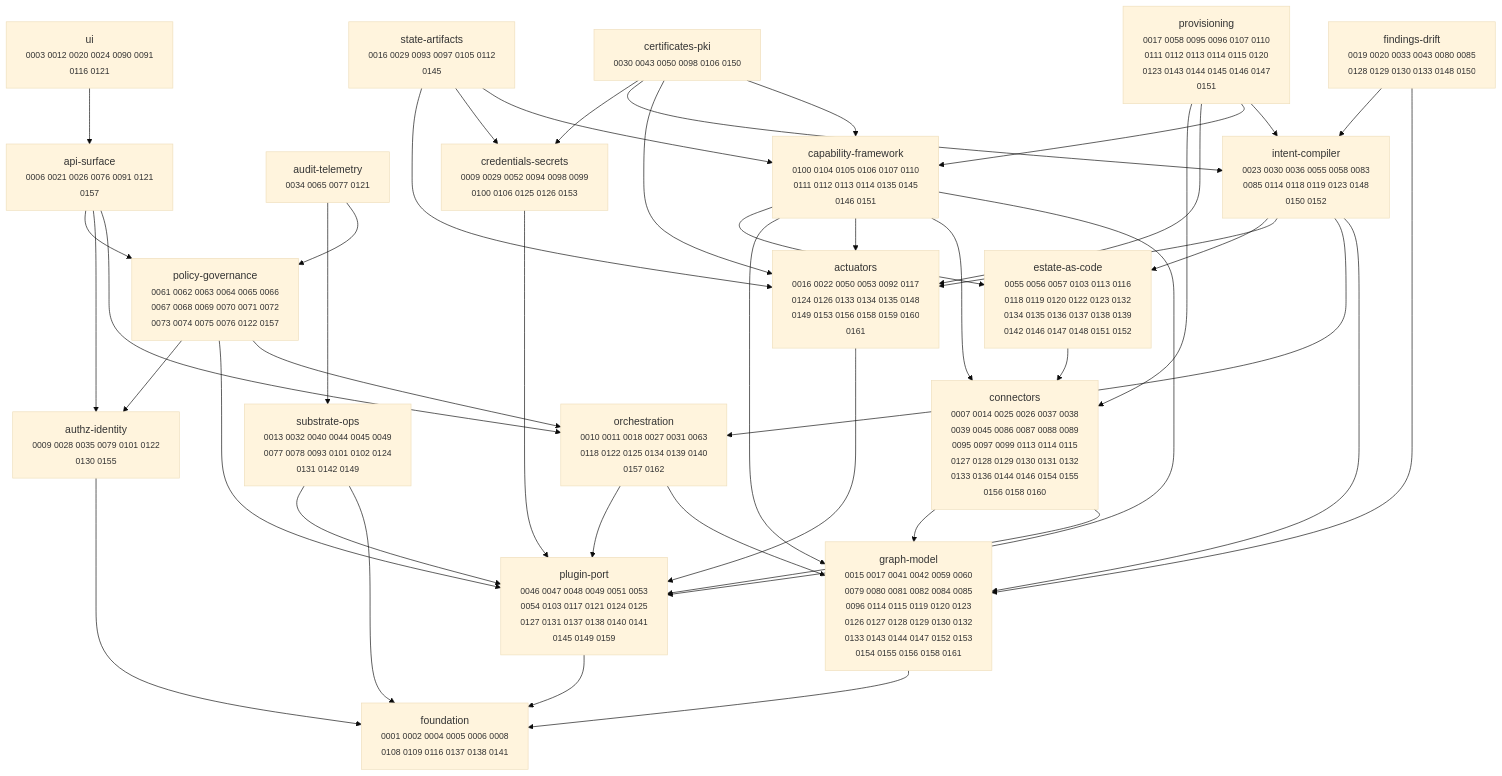
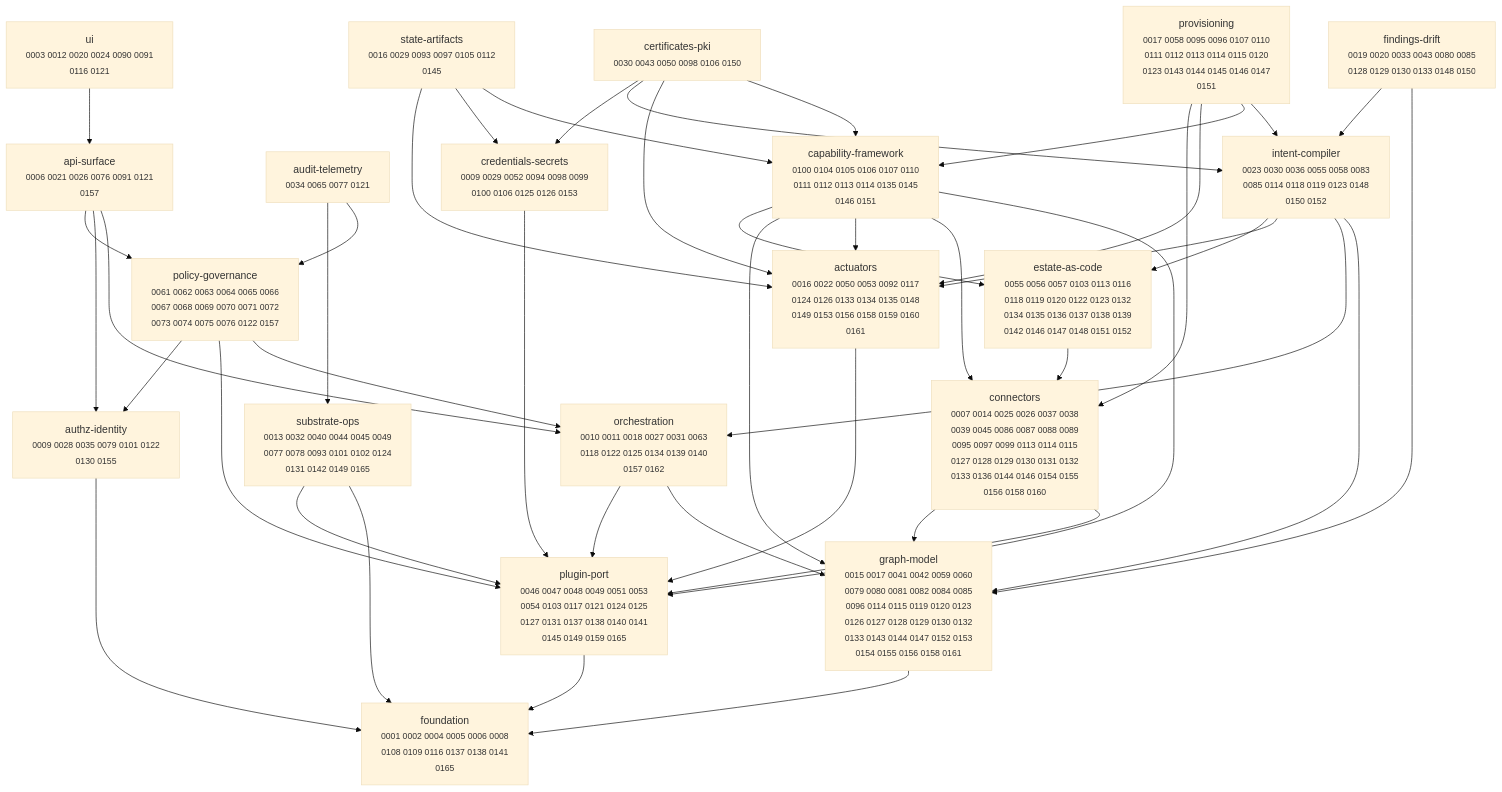
The diagram in docs/adr/MAP.md (dstout-devops/stratt), drawn with Mermaid (base theme) before and after one commit. The commit also changed other lines of this file and 5 other files, not shown here.

````diff
--- a/docs/adr/MAP.md
+++ b/docs/adr/MAP.md
@@ -11,67 +11,67 @@
 ```mermaid
 graph TD
   actuators["actuators<br/><small>0016 0022 0050 0053 0092 0117<br/>0124 0126 0133 0134 0135 0148<br/>0149 0153 0156 0158 0159 0160<br/>0161</small>"]
   api_surface["api-surface<br/><small>0006 0021 0026 0076 0091 0121<br/>0157</small>"]
   audit_telemetry["audit-telemetry<br/><small>0034 0065 0077 0121</small>"]
   authz_identity["authz-identity<br/><small>0009 0028 0035 0079 0101 0122<br/>0130 0155</small>"]
   capability_framework["capability-framework<br/><small>0100 0104 0105 0106 0107 0110<br/>0111 0112 0113 0114 0135 0145<br/>0146 0151</small>"]
   certificates_pki["certificates-pki<br/><small>0030 0043 0050 0098 0106 0150</small>"]
   connectors["connectors<br/><small>0007 0014 0025 0026 0037 0038<br/>0039 0045 0086 0087 0088 0089<br/>0095 0097 0099 0113 0114 0115<br/>0127 0128 0129 0130 0131 0132<br/>0133 0136 0144 0146 0154 0155<br/>0156 0158 0160</small>"]
   credentials_secrets["credentials-secrets<br/><small>0009 0029 0052 0094 0098 0099<br/>0100 0106 0125 0126 0153</small>"]
   estate_as_code["estate-as-code<br/><small>0055 0056 0057 0103 0113 0116<br/>0118 0119 0120 0122 0123 0132<br/>0134 0135 0136 0137 0138 0139<br/>0142 0146 0147 0148 0151 0152</small>"]
   findings_drift["findings-drift<br/><small>0019 0020 0033 0043 0080 0085<br/>0128 0129 0130 0133 0148 0150</small>"]
-  foundation["foundation<br/><small>0001 0002 0004 0005 0006 0008<br/>0108 0109 0116 0137 0138 0141</small>"]
+  foundation["foundation<br/><small>0001 0002 0004 0005 0006 0008<br/>0108 0109 0116 0137 0138 0141<br/>0165</small>"]
   graph_model["graph-model<br/><small>0015 0017 0041 0042 0059 0060<br/>0079 0080 0081 0082 0084 0085<br/>0096 0114 0115 0119 0120 0123<br/>0126 0127 0128 0129 0130 0132<br/>0133 0143 0144 0147 0152 0153<br/>0154 0155 0156 0158 0161</small>"]
   intent_compiler["intent-compiler<br/><small>0023 0030 0036 0055 0058 0083<br/>0085 0114 0118 0119 0123 0148<br/>0150 0152</small>"]
   orchestration["orchestration<br/><small>0010 0011 0018 0027 0031 0063<br/>0118 0122 0125 0134 0139 0140<br/>0157 0162</small>"]
-  plugin_port["plugin-port<br/><small>0046 0047 0048 0049 0051 0053<br/>0054 0103 0117 0121 0124 0125<br/>0127 0131 0137 0138 0140 0141<br/>0145 0149 0159</small>"]
+  plugin_port["plugin-port<br/><small>0046 0047 0048 0049 0051 0053<br/>0054 0103 0117 0121 0124 0125<br/>0127 0131 0137 0138 0140 0141<br/>0145 0149 0159 0165</small>"]
   policy_governance["policy-governance<br/><small>0061 0062 0063 0064 0065 0066<br/>0067 0068 0069 0070 0071 0072<br/>0073 0074 0075 0076 0122 0157</small>"]
   provisioning["provisioning<br/><small>0017 0058 0095 0096 0107 0110<br/>0111 0112 0113 0114 0115 0120<br/>0123 0143 0144 0145 0146 0147<br/>0151</small>"]
   state_artifacts["state-artifacts<br/><small>0016 0029 0093 0097 0105 0112<br/>0145</small>"]
-  substrate_ops["substrate-ops<br/><small>0013 0032 0040 0044 0045 0049<br/>0077 0078 0093 0101 0102 0124<br/>0131 0142 0149</small>"]
+  substrate_ops["substrate-ops<br/><small>0013 0032 0040 0044 0045 0049<br/>0077 0078 0093 0101 0102 0124<br/>0131 0142 0149 0165</small>"]
   ui["ui<br/><small>0003 0012 0020 0024 0090 0091<br/>0116 0121</small>"]
 
   actuators --> plugin_port
   api_surface --> orchestration
   api_surface --> authz_identity
   api_surface --> policy_governance
   audit_telemetry --> policy_governance
   audit_telemetry --> substrate_ops
   authz_identity --> foundation
   capability_framework --> plugin_port
   capability_framework --> connectors
   capability_framework --> actuators
   capability_framework --> graph_model
   capability_framework --> estate_as_code
   certificates_pki --> capability_framework
   certificates_pki --> actuators
   certificates_pki --> intent_compiler
   certificates_pki --> credentials_secrets
   connectors --> plugin_port
   connectors --> graph_model
   credentials_secrets --> plugin_port
   estate_as_code --> connectors
   findings_drift --> graph_model
   findings_drift --> intent_compiler
   graph_model --> foundation
   intent_compiler --> graph_model
   intent_compiler --> orchestration
   intent_compiler --> actuators
   intent_compiler --> estate_as_code
   orchestration --> graph_model
   orchestration --> plugin_port
   plugin_port --> foundation
   policy_governance --> orchestration
   policy_governance --> plugin_port
   policy_governance --> authz_identity
   provisioning --> intent_compiler
   provisioning --> capability_framework
   provisioning --> actuators
   provisioning --> connectors
   state_artifacts --> capability_framework
   state_artifacts --> credentials_secrets
   state_artifacts --> actuators
   substrate_ops --> foundation
   substrate_ops --> plugin_port
   ui --> api_surface
 ```
````
